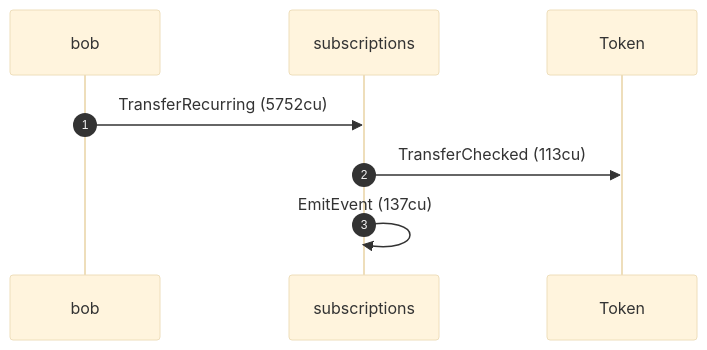
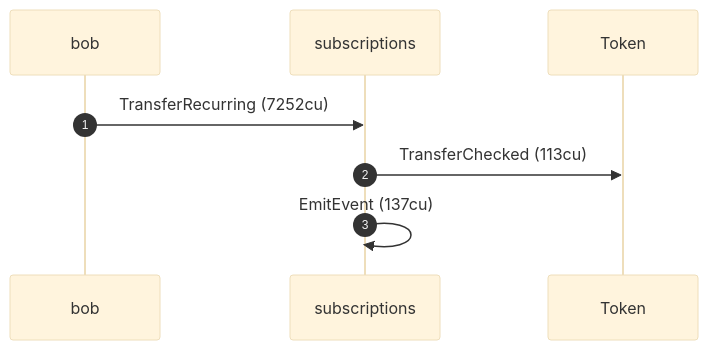
Before and after one commit to cds-rs/subscriptions: the ninth of 12 diagrams in dsl_tests/a-zero-expiry-means-no-expiry.md, drawn with Mermaid (base theme). The commit also changed other lines of this file and 224 other files, not shown here.

````diff
--- a/dsl_tests/a-zero-expiry-means-no-expiry.md
+++ b/dsl_tests/a-zero-expiry-means-no-expiry.md
@@ -189,10 +198,10 @@
 ```mermaid
 sequenceDiagram
     autonumber
     participant bob
     participant subscriptions
     participant Token
-    bob ->> subscriptions: TransferRecurring (5752cu)
+    bob ->> subscriptions: TransferRecurring (7252cu)
     subscriptions ->> Token: TransferChecked (113cu)
     subscriptions ->> subscriptions: EmitEvent (137cu)
 ```
````
